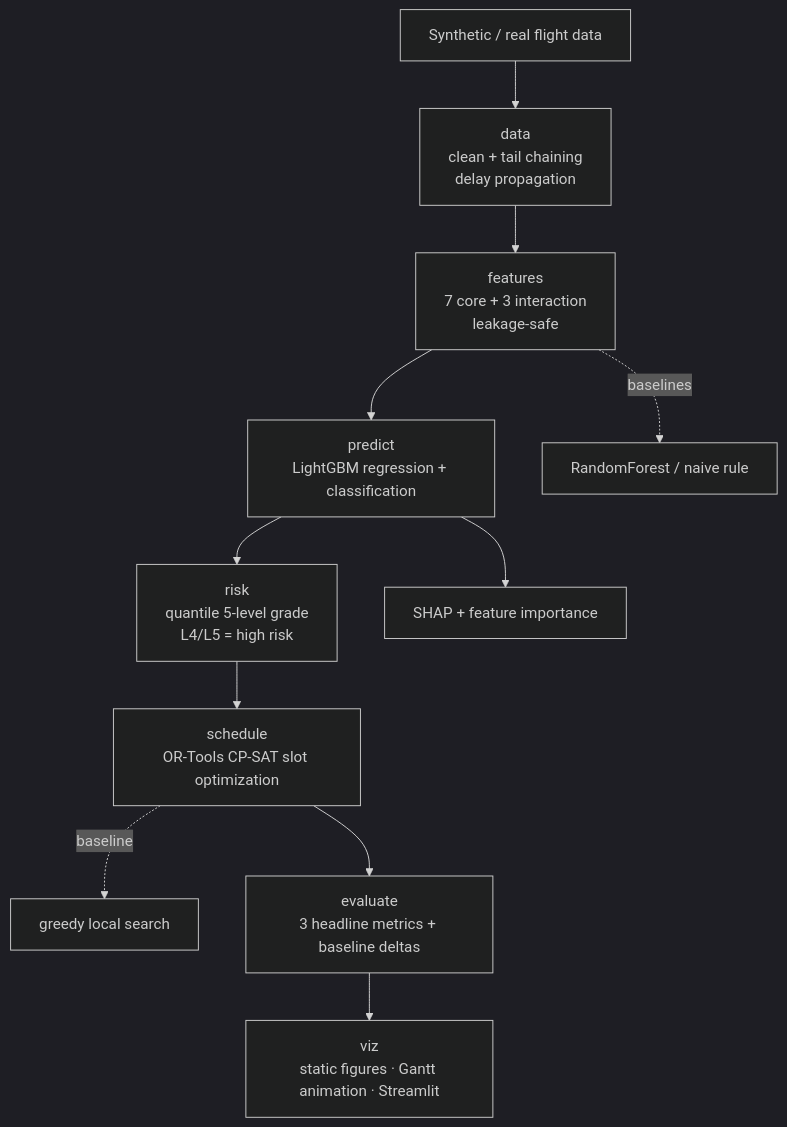
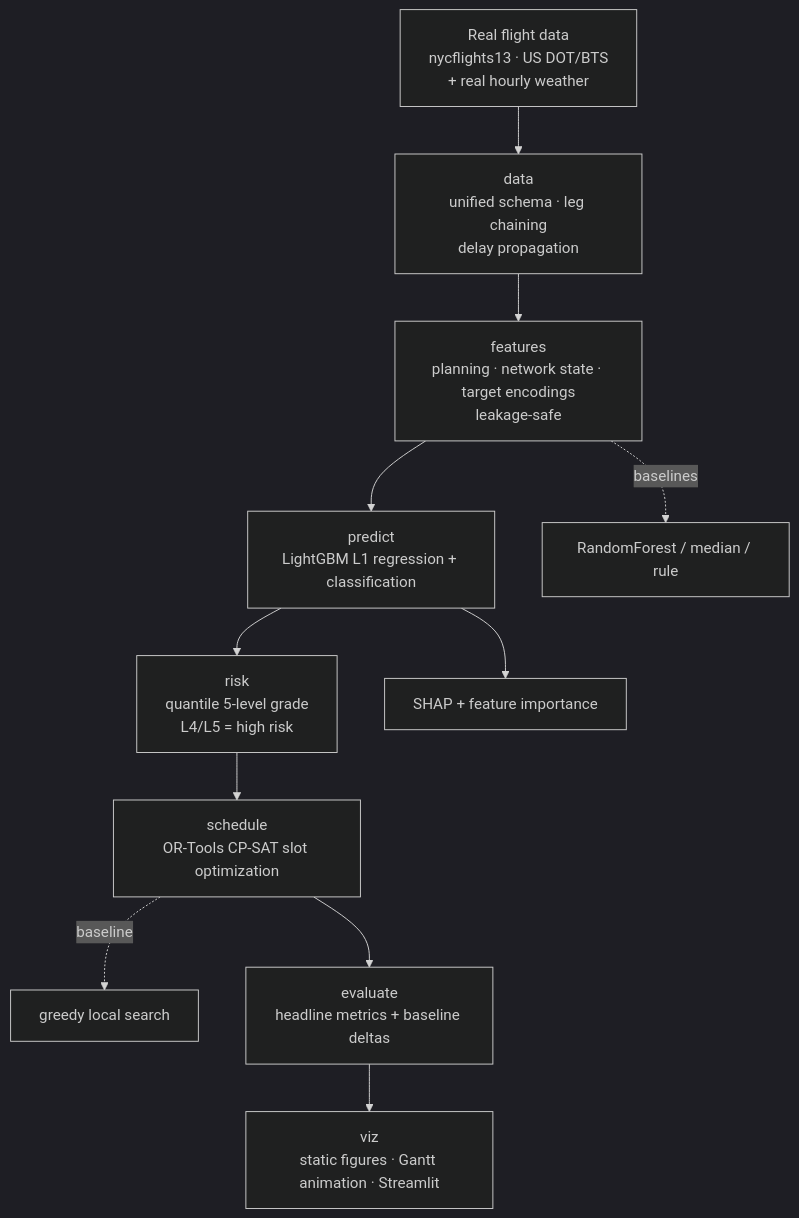
One commit to 2181385109/flight-delay-scheduling changed the diagram in README.md. Above: the diagram before and after it, drawn with Mermaid (dark theme). The commit also changed other lines of this file and 40 other files, not shown here.

First line of the commit message:
refactor!: replace synthetic data with real flight data end to end

````diff
--- a/README.md
+++ b/README.md
@@ -72,13 +89,13 @@
 ```mermaid
 flowchart TD
-    A[Synthetic / real flight data] --> B[data<br/>clean + tail chaining<br/>delay propagation]
-    B --> C[features<br/>7 core + 3 interaction<br/>leakage-safe]
-    C --> D[predict<br/>LightGBM regression + classification]
-    C -. baselines .-> D2[RandomForest / naive rule]
+    A[Real flight data<br/>nycflights13 · US DOT/BTS<br/>+ real hourly weather] --> B[data<br/>unified schema · leg chaining<br/>delay propagation]
+    B --> C[features<br/>planning · network state · target encodings<br/>leakage-safe]
+    C --> D[predict<br/>LightGBM L1 regression + classification]
+    C -. baselines .-> D2[RandomForest / median / rule]
     D --> E[risk<br/>quantile 5-level grade<br/>L4/L5 = high risk]
     D --> S[SHAP + feature importance]
     E --> F[schedule<br/>OR-Tools CP-SAT slot optimization]
     F -. baseline .-> F2[greedy local search]
-    F --> G[evaluate<br/>3 headline metrics + baseline deltas]
+    F --> G[evaluate<br/>headline metrics + baseline deltas]
     G --> H[viz<br/>static figures · Gantt animation · Streamlit]
 ```
````
